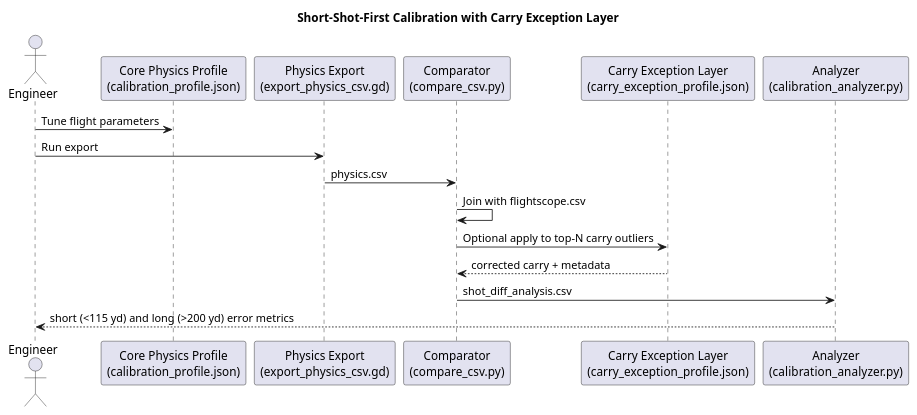
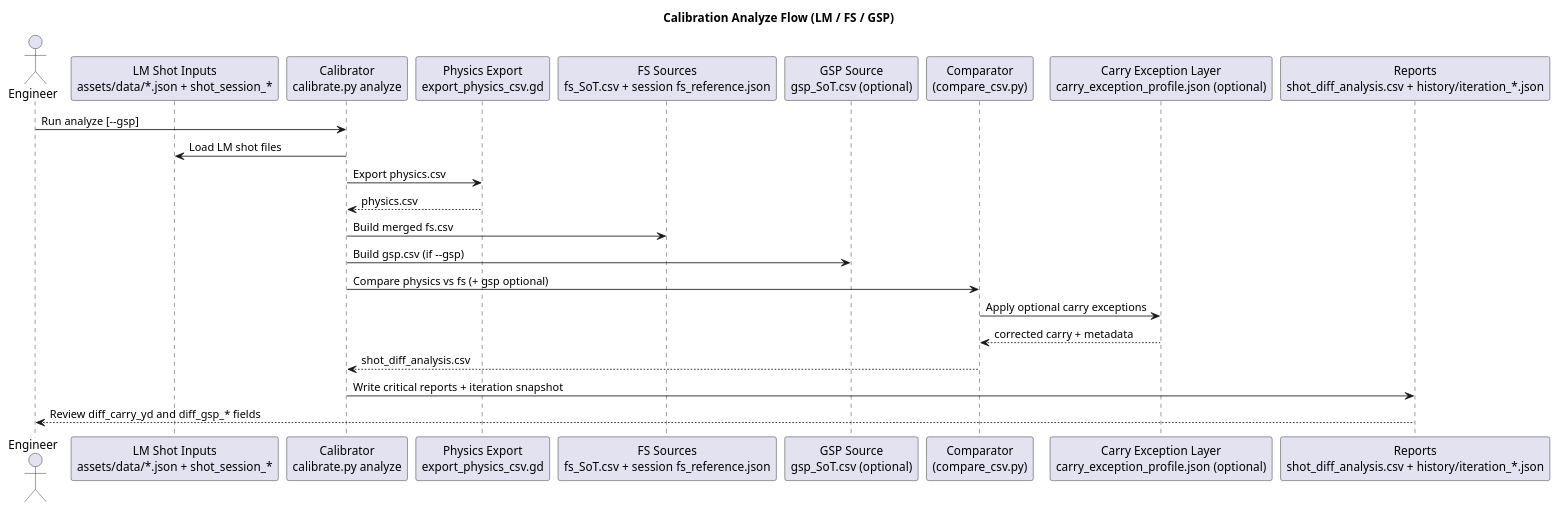
The diagram in docs/shot_calibration_short_shot_priority.puml (digitalhand/openfairway), drawn with PlantUML before and after one commit. The commit also changed 75 other files, not shown here.

```diff
--- a/docs/shot_calibration_short_shot_priority.puml
+++ b/docs/shot_calibration_short_shot_priority.puml
@@ -1,20 +1,27 @@
 @startuml
-title Short-Shot-First Calibration with Carry Exception Layer
+title Calibration Analyze Flow (LM / FS / GSP)
 
 actor Engineer
-participant "Core Physics Profile\n(calibration_profile.json)" as Core
-participant "Physics Export\n(export_physics_csv.gd)" as Export
+participant "LM Shot Inputs\nassets/data/*.json + shot_session_*" as LM
+participant "Calibrator\ncalibrate.py analyze" as Cal
+participant "Physics Export\nexport_physics_csv.gd" as Export
+participant "FS Sources\nfs_SoT.csv + session fs_reference.json" as FS
+participant "GSP Source\ngsp_SoT.csv (optional)" as GSP
 participant "Comparator\n(compare_csv.py)" as Compare
-participant "Carry Exception Layer\n(carry_exception_profile.json)" as CarryX
-participant "Analyzer\n(calibration_analyzer.py)" as Analyzer
+participant "Carry Exception Layer\ncarry_exception_profile.json (optional)" as CarryX
+participant "Reports\nshot_diff_analysis.csv + history/iteration_*.json" as Reports
 
-Engineer -> Core: Tune flight parameters
-Engineer -> Export: Run export
-Export -> Compare: physics.csv
-Compare -> Compare: Join with flightscope.csv
-Compare -> CarryX: Optional apply to top-N carry outliers
+Engineer -> Cal: Run analyze [--gsp]
+Cal -> LM: Load LM shot files
+Cal -> Export: Export physics.csv
+Export --> Cal: physics.csv
+Cal -> FS: Build merged fs.csv
+Cal -> GSP: Build gsp.csv (if --gsp)
+Cal -> Compare: Compare physics vs fs (+ gsp optional)
+Compare -> CarryX: Apply optional carry exceptions
 CarryX --> Compare: corrected carry + metadata
-Compare -> Analyzer: shot_diff_analysis.csv
-Analyzer --> Engineer: short (<115 yd) and long (>200 yd) error metrics
+Compare --> Cal: shot_diff_analysis.csv
+Cal -> Reports: Write critical reports + iteration snapshot
+Reports --> Engineer: Review diff_carry_yd and diff_gsp_* fields
 
 @enduml
```
